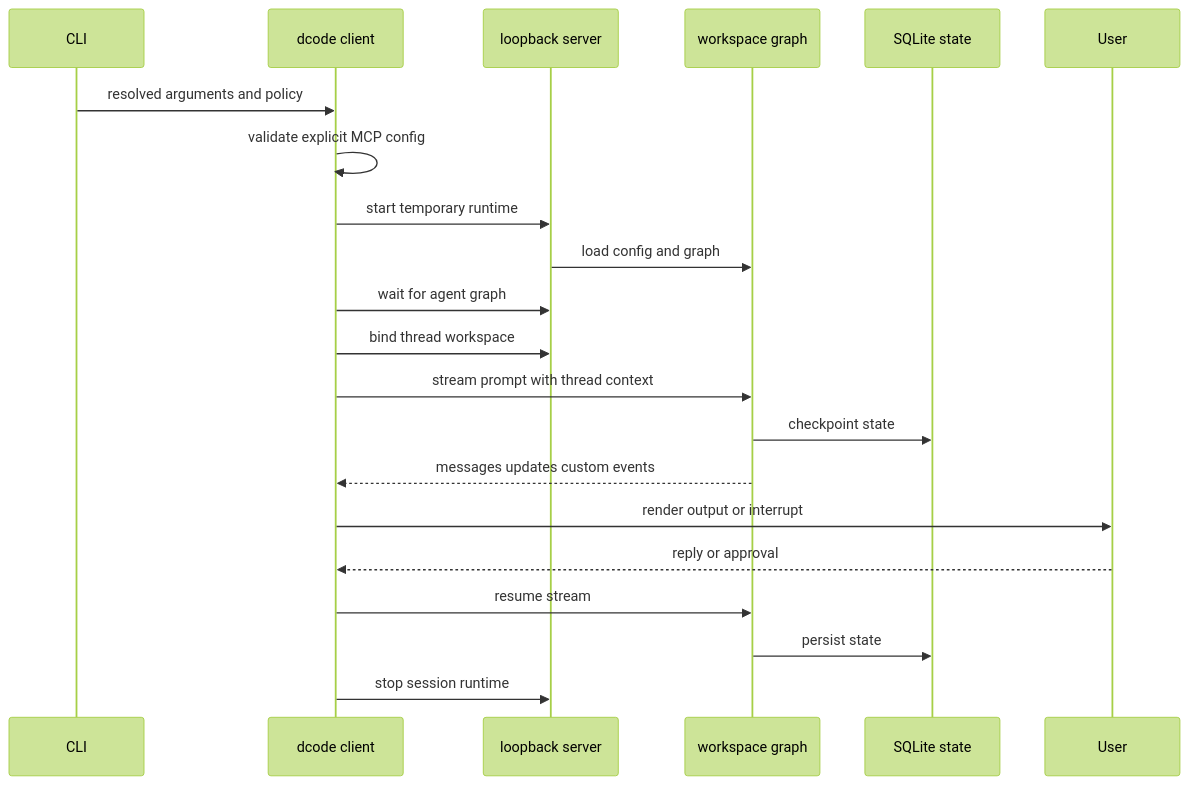
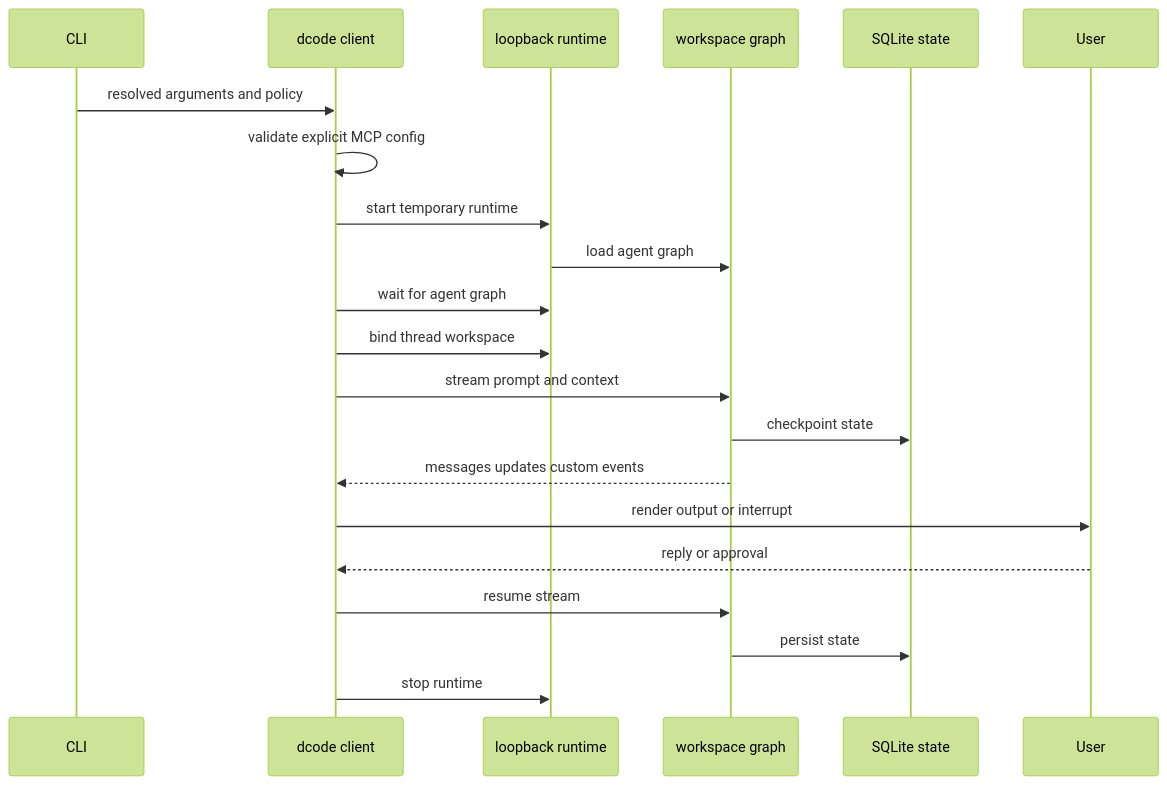
The first of 2 diagrams in openwiki/workflows/run-dcode-session.md (langchain-ai/deepagents), drawn with Mermaid (forest theme) before and after one commit. The commit also changed other lines of this file and 63 other files, not shown here.

````diff
--- a/openwiki/workflows/run-dcode-session.md
+++ b/openwiki/workflows/run-dcode-session.md
@@ -78,23 +48,23 @@
 ```mermaid
 sequenceDiagram
     participant CLI
     participant Client as dcode client
-    participant Server as loopback server
+    participant Server as loopback runtime
     participant Graph as workspace graph
     participant Store as SQLite state
     participant User
     CLI->>Client: resolved arguments and policy
     Client->>Client: validate explicit MCP config
     Client->>Server: start temporary runtime
-    Server->>Graph: load config and graph
+    Server->>Graph: load agent graph
     Client->>Server: wait for agent graph
     Client->>Server: bind thread workspace
-    Client->>Graph: stream prompt with thread context
+    Client->>Graph: stream prompt and context
     Graph->>Store: checkpoint state
     Graph-->>Client: messages updates custom events
     Client->>User: render output or interrupt
     User-->>Client: reply or approval
     Client->>Graph: resume stream
     Graph->>Store: persist state
-    Client->>Server: stop session runtime
+    Client->>Server: stop runtime
 ```
````
